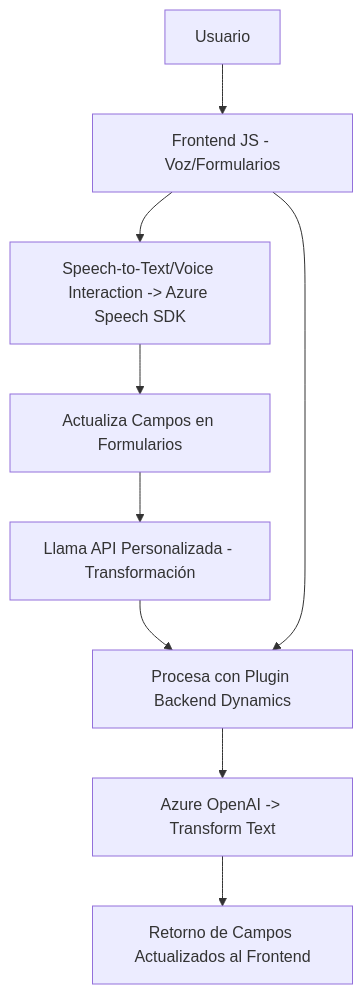
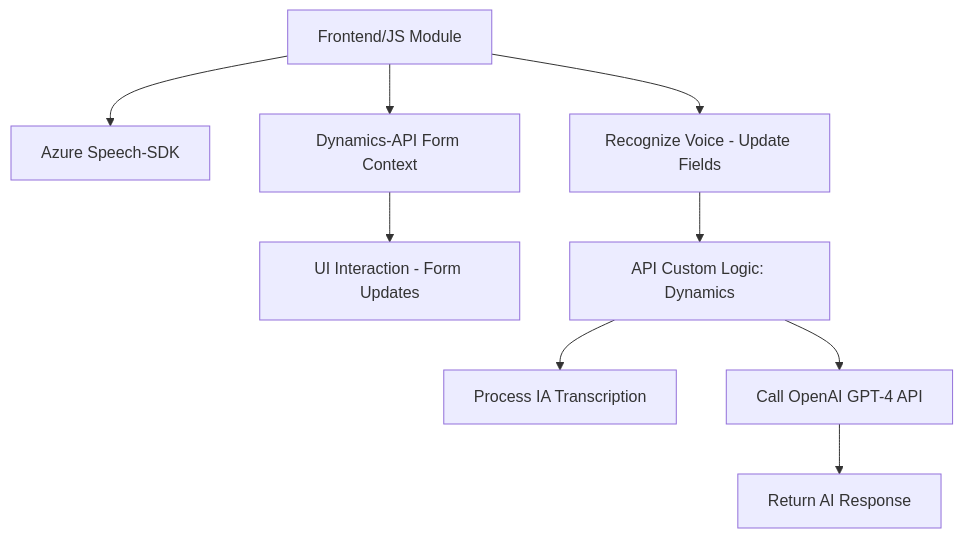
Before and after one commit to blopezdm/NETCORE_BILBAO2025: the diagram in README.md, drawn with Mermaid. The commit also changed other lines of this file, not shown here.

Commit message:
Actualizar análisis global de la solución con IA

````diff
--- a/README.md
+++ b/README.md
@@ -36,11 +38,11 @@
 ```mermaid
 graph TD
-  A["Usuario"] --> B["Frontend JS - Voz/Formularios"]
-  B --> C["Speech-to-Text/Voice Interaction -> Azure Speech SDK"]
-  C --> D["Actualiza Campos en Formularios"]
-  D --> E["Llama API Personalizada - Transformación"]
-  E --> F["Procesa con Plugin Backend Dynamics"]
-  F --> G["Azure OpenAI -> Transform Text"]
-  G --> H["Retorno de Campos Actualizados al Frontend"]
-  B --> F
+    A["Frontend/JS Module"] --> B["Azure Speech-SDK"]
+    A --> C["Dynamics-API Form Context"]
+    C --> D["UI Interaction - Form Updates"]
+    A --> E["Recognize Voice - Update Fields"]
+    E --> F["API Custom Logic: Dynamics"]
+    F --> G["Process IA Transcription"]
+    F --> H["Call OpenAI GPT-4 API"]
+    H --> I["Return AI Response"]
 ```
````
